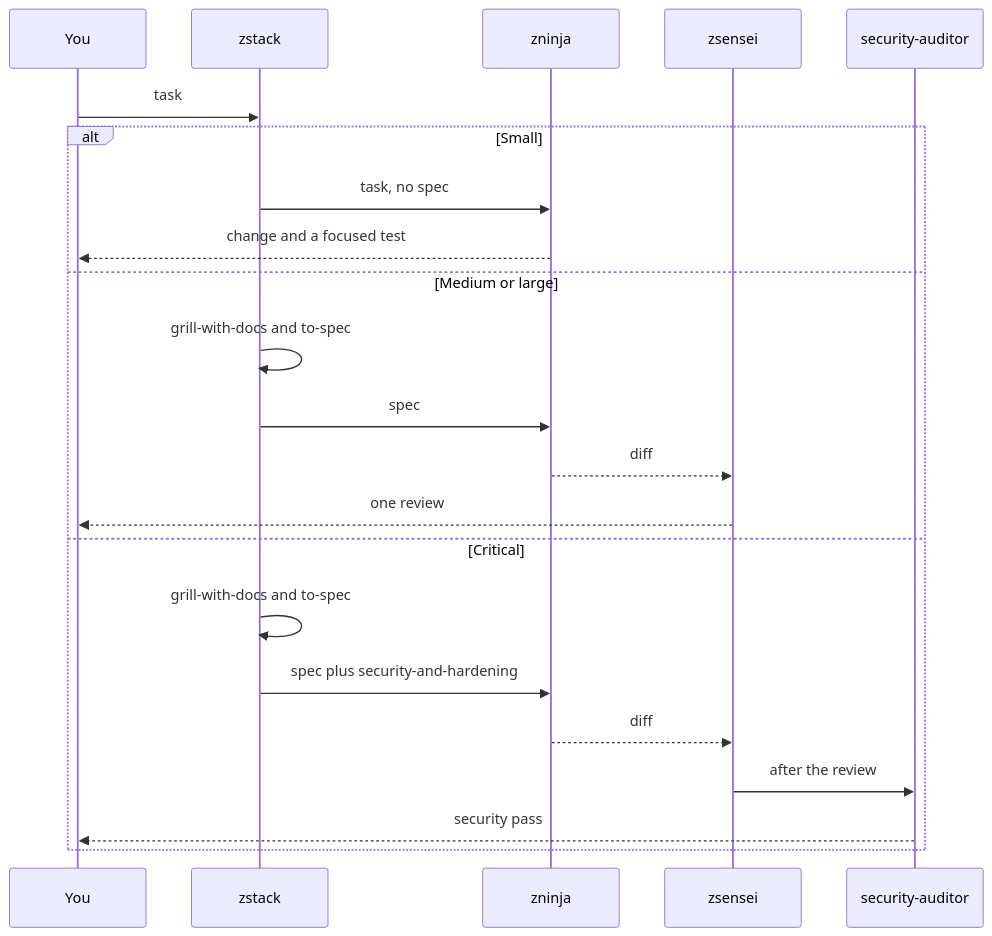
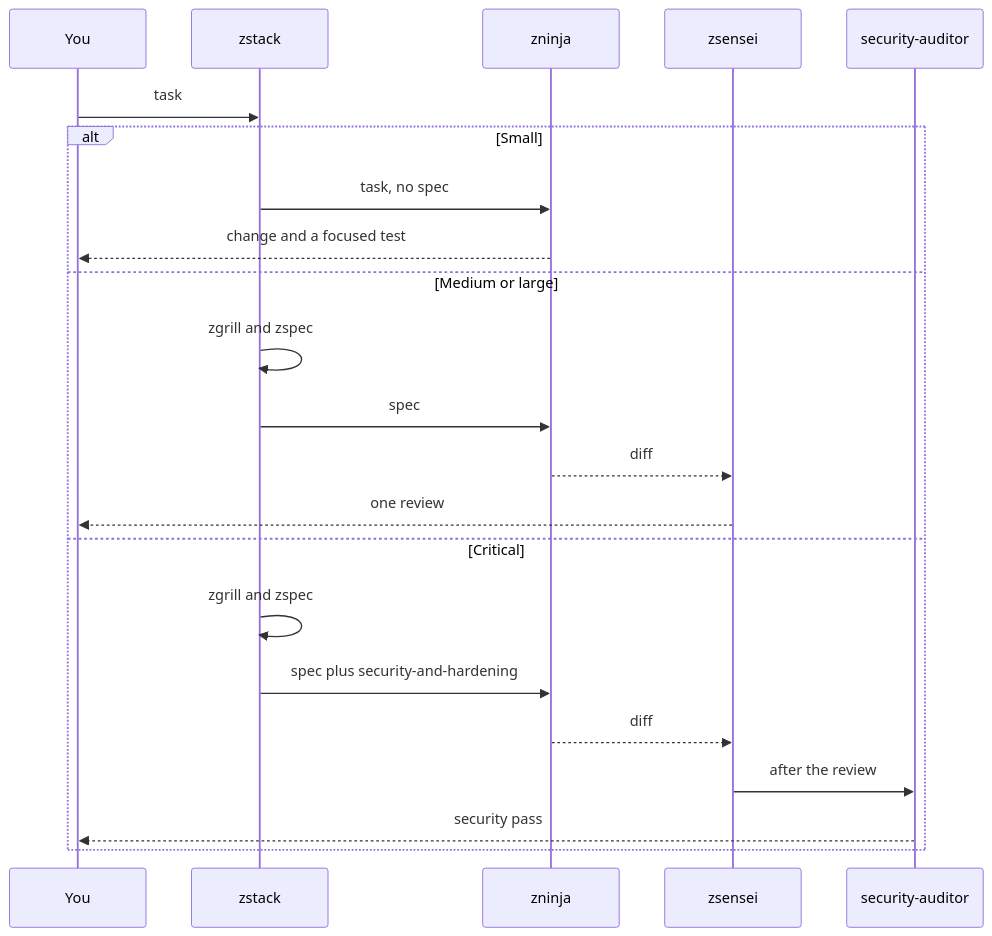
One commit to Byevenes/agent-workflow changed the second of 2 diagrams in docs/workflow.md. Above: the diagram before and after it, drawn with Mermaid. The commit also changed other lines of this file and 10 other files, not shown here.

Commit message:
feat(zstack): add zgrill, zspec, ztickets wrappers over Matt's skills; optional MCP env in setup-check

````diff
--- a/docs/workflow.md
+++ b/docs/workflow.md
@@ -24,25 +24,25 @@
 ```mermaid
 sequenceDiagram
   participant You
   participant Router as zstack
   participant Impl as zninja
   participant Review as zsensei
   participant Audit as security-auditor
 
   You->>Router: task
   alt Small
     Router->>Impl: task, no spec
     Impl-->>You: change and a focused test
   else Medium or large
-    Router->>Router: grill-with-docs and to-spec
+    Router->>Router: zgrill and zspec
     Router->>Impl: spec
     Impl-->>Review: diff
     Review-->>You: one review
   else Critical
-    Router->>Router: grill-with-docs and to-spec
+    Router->>Router: zgrill and zspec
     Router->>Impl: spec plus security-and-hardening
     Impl-->>Review: diff
     Review->>Audit: after the review
     Audit-->>You: security pass
   end
 ```
````
